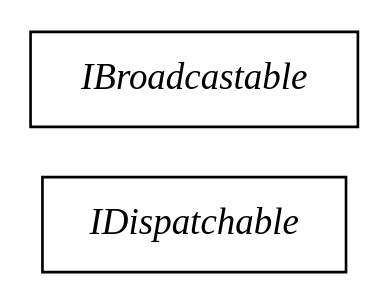
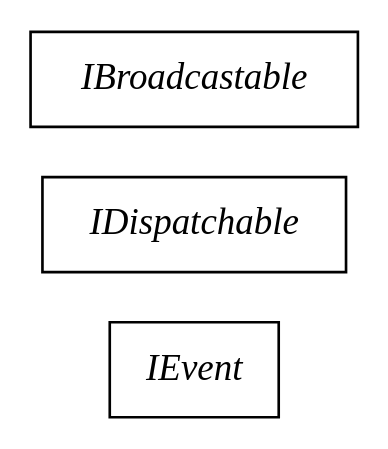
The diagram in docs/com/sekati/events/interfaces.dot (sekati/sasapi), drawn with Graphviz before and after one commit. The commit also changed 95 other files, not shown here.

```diff
--- a/docs/com/sekati/events/interfaces.dot
+++ b/docs/com/sekati/events/interfaces.dot
@@ -1,17 +1,24 @@
 strict digraph interface_diagram {
   rankdir=LR;
+  IEvent[
+    label="IEvent",
+    URL="IEvent.html",
+    tooltip="com.sekati.events.IEvent",
+    fontname="Times-Italic",
+    shape="record"
+  ];
   IDispatchable[
     label="IDispatchable",
     URL="IDispatchable.html",
     tooltip="com.sekati.events.IDispatchable",
     fontname="Times-Italic",
     shape="record"
   ];
   IBroadcastable[
     label="IBroadcastable",
     URL="IBroadcastable.html",
     tooltip="com.sekati.events.IBroadcastable",
     fontname="Times-Italic",
     shape="record"
   ];
 }
```
